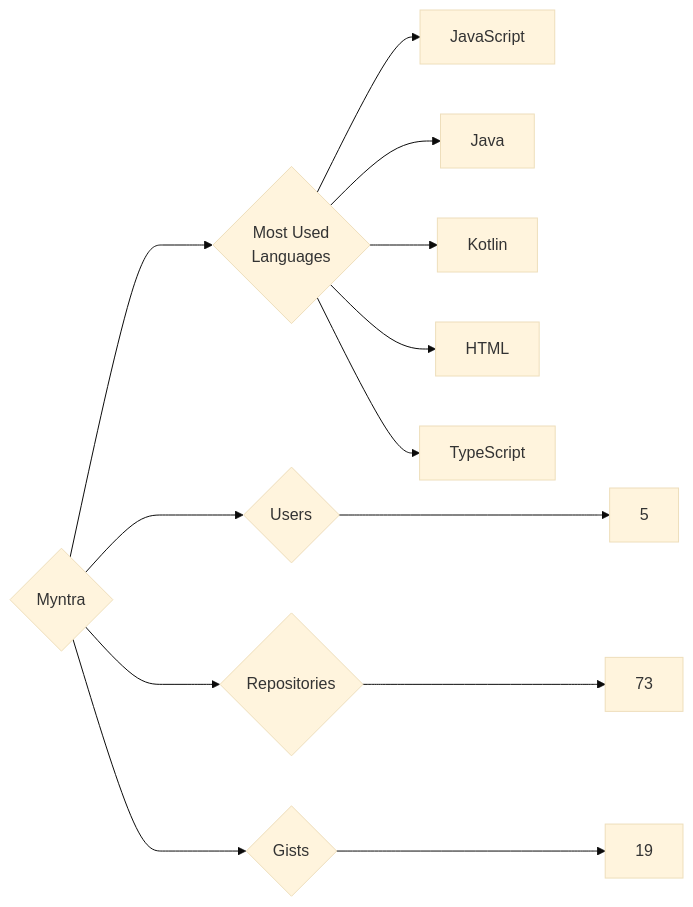
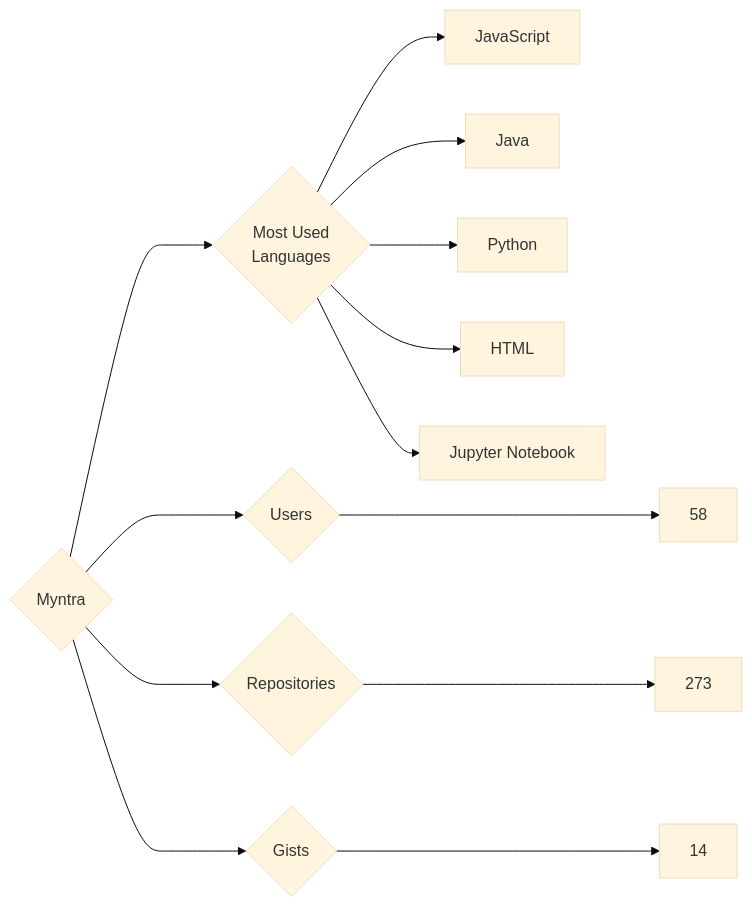
The diagram in targets/Myntra/README.md (trickest/insiders), drawn with Mermaid (base theme) before and after one commit. The commit also changed 597 other files, not shown here.

````diff
--- a/targets/Myntra/README.md
+++ b/targets/Myntra/README.md
@@ -3,13 +3,13 @@
 ```mermaid
 graph LR
 COMPANY_NAME{Myntra}
-COMPANY_NAME ---> U{Users} ---> UN[5]
-COMPANY_NAME ---> R{Repositories} ---> RN[73]
-COMPANY_NAME ---> G{Gists} ---> GN[19]
+COMPANY_NAME ---> U{Users} ---> UN[58]
+COMPANY_NAME ---> R{Repositories} ---> RN[273]
+COMPANY_NAME ---> G{Gists} ---> GN[14]
 COMPANY_NAME ---> ML{Most Used<br>Languages}
 ML --> JavaScript[JavaScript]
 ML --> Java[Java]
-ML --> Kotlin[Kotlin]
+ML --> Python[Python]
 ML --> HTML[HTML]
-ML --> TypeScript[TypeScript]
+ML --> Jupyter_Notebook[Jupyter Notebook]
 ```
````
